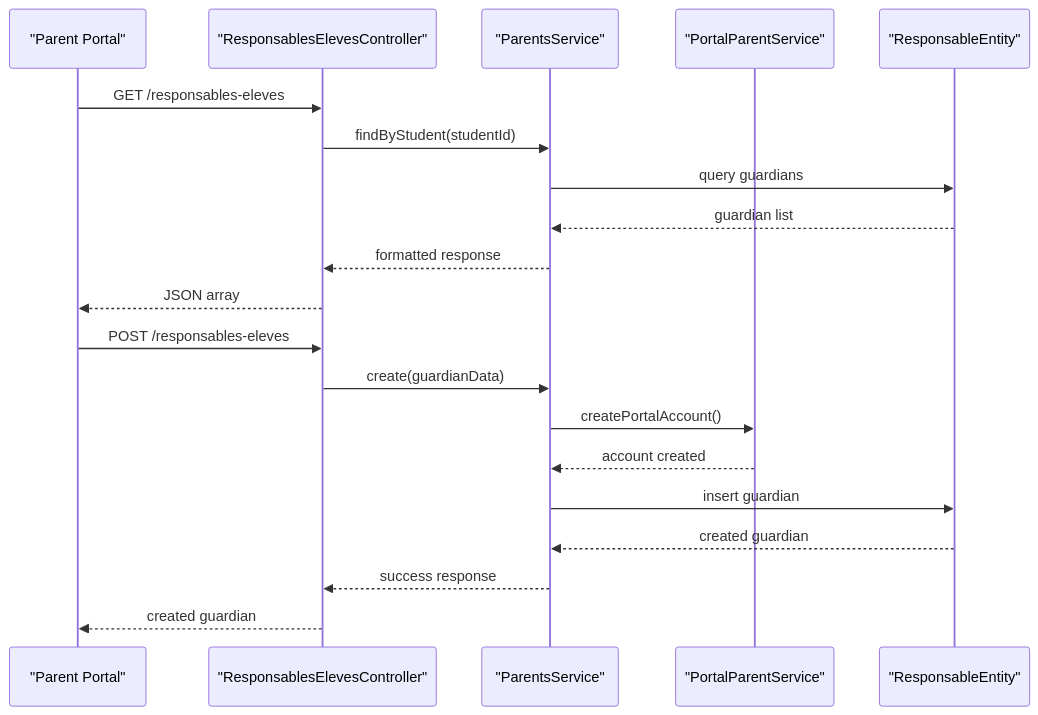
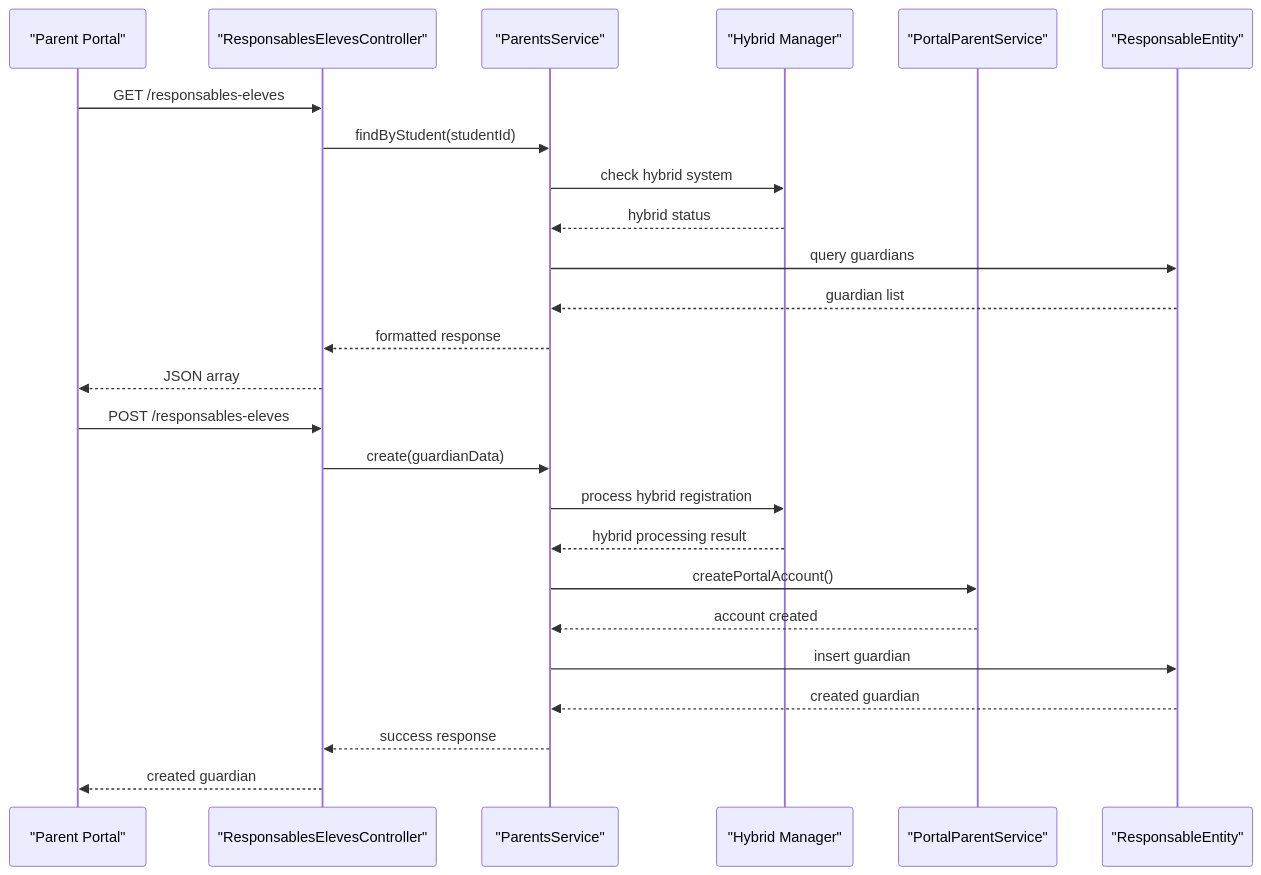
Before and after one commit to franckylab/eLISAschool: the eighth of 13 diagrams in .qoder/repowiki/en/content/Modules & Features/Responsables & Eleves Module.md, drawn with Mermaid. The commit also changed other lines of this file and 33 other files, not shown here.

````diff
--- a/.qoder/repowiki/en/content/Modules & Features/Responsables & Eleves Module.md
+++ b/.qoder/repowiki/en/content/Modules & Features/Responsables & Eleves Module.md
@@ -230,22 +341,27 @@
 ```mermaid
 sequenceDiagram
 participant Client as "Parent Portal"
 participant Controller as "ResponsablesElevesController"
 participant Service as "ParentsService"
+participant HybridMgr as "Hybrid Manager"
 participant Portal as "PortalParentService"
 participant Entity as "ResponsableEntity"
 Client->>Controller : GET /responsables-eleves
 Controller->>Service : findByStudent(studentId)
+Service->>HybridMgr : check hybrid system
+HybridMgr-->>Service : hybrid status
 Service->>Entity : query guardians
 Entity-->>Service : guardian list
 Service-->>Controller : formatted response
 Controller-->>Client : JSON array
 Client->>Controller : POST /responsables-eleves
 Controller->>Service : create(guardianData)
+Service->>HybridMgr : process hybrid registration
+HybridMgr-->>Service : hybrid processing result
 Service->>Portal : createPortalAccount()
 Portal-->>Service : account created
 Service->>Entity : insert guardian
 Entity-->>Service : created guardian
 Service-->>Controller : success response
 Controller-->>Client : created guardian
 ```
````
